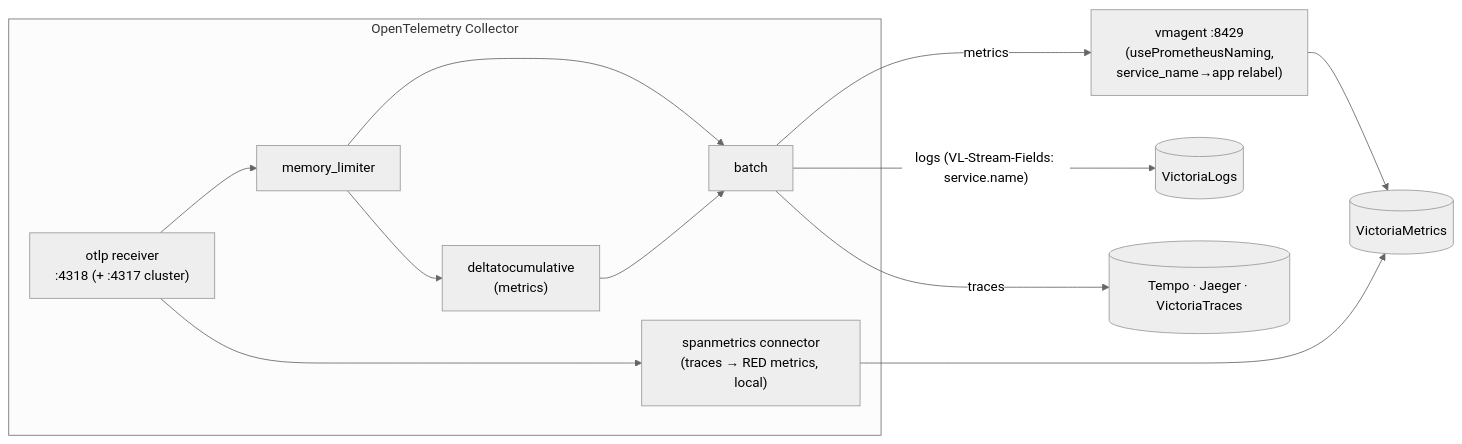
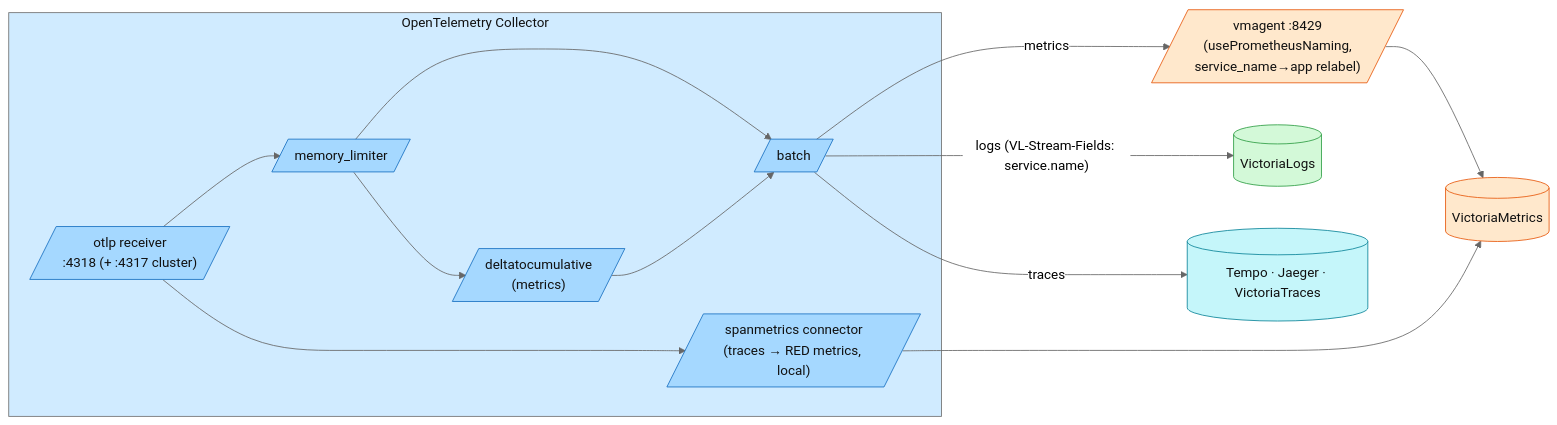
One commit to duynhlab/homelab changed the seventh of 7 diagrams in docs/observability/rfc-0014-explainer.md. Above: the diagram before and after it, drawn with Mermaid (neutral theme). The commit also changed other lines of this file and 8 other files, not shown here.

First line of the commit message:
Restyle RFC-0014 observability diagrams (#482)

````diff
--- a/docs/observability/rfc-0014-explainer.md
+++ b/docs/observability/rfc-0014-explainer.md
@@ -288,17 +319,27 @@
 ```mermaid
 flowchart LR
     subgraph col["OpenTelemetry Collector"]
-        rcv["otlp receiver<br/>:4318 (+ :4317 cluster)"]
-        ml["memory_limiter"]
-        d2c["deltatocumulative<br/>(metrics)"]
-        batch["batch"]
-        sm["spanmetrics connector<br/>(traces → RED metrics, local)"]
+        rcv[/"otlp receiver<br/>:4318 (+ :4317 cluster)"/]
+        ml[/"memory_limiter"/]
+        d2c[/"deltatocumulative<br/>(metrics)"/]
+        batch[/"batch"/]
+        sm[/"spanmetrics connector<br/>(traces → RED metrics, local)"/]
         rcv --> ml --> batch
         ml --> d2c --> batch
         rcv --> sm
     end
-    batch -->|"metrics"| vma["vmagent :8429<br/>(usePrometheusNaming,<br/>service_name→app relabel)"] --> vm[(VictoriaMetrics)]
+    batch -->|"metrics"| vma[/"vmagent :8429<br/>(usePrometheusNaming,<br/>service_name→app relabel)"/]
+    vma --> vm[(VictoriaMetrics)]
     batch -->|"logs (VL-Stream-Fields: service.name)"| vl[(VictoriaLogs)]
     batch -->|"traces"| tr[(Tempo · Jaeger · VictoriaTraces)]
     sm --> vm
+    classDef otc fill:#a5d8ff,stroke:#1971c2,color:#111;
+    classDef metric fill:#ffe8cc,stroke:#e8590c,color:#111;
+    classDef log fill:#d3f9d8,stroke:#2f9e44,color:#111;
+    classDef trace fill:#c5f6fa,stroke:#0c8599,color:#111;
+    class rcv,ml,d2c,batch,sm otc;
+    class vma,vm metric;
+    class vl log;
+    class tr trace;
+    style col fill:#d0ebff,color:#111;
 ```
````
